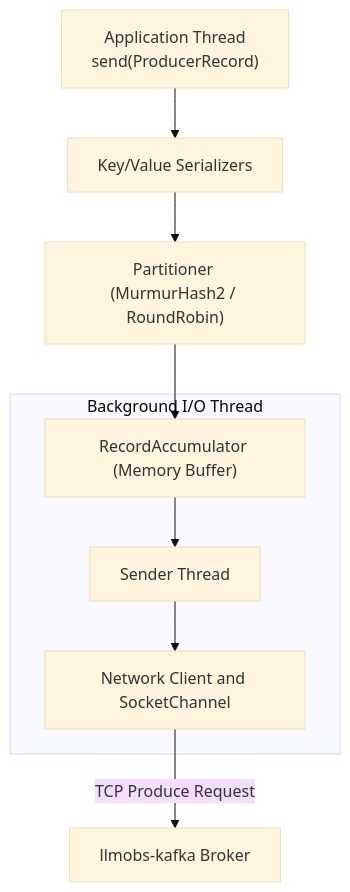
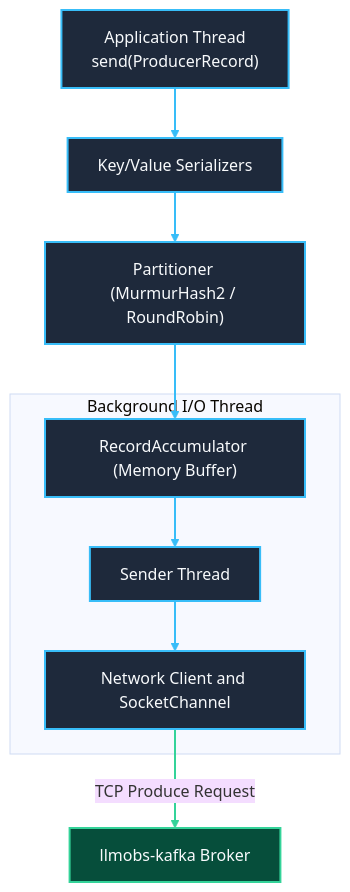
One commit to Chief-Strategist-J/llm-obs-infra changed the fifth of 18 diagrams in docs/configDoc/kafka-configuration-guide.md. Above: the diagram before and after it, drawn with Mermaid (base theme). The commit also changed other lines of this file, not shown here.

Commit message:
docs(kafka): reorder component sections to Code -> HLD -> LLD -> Parameters and apply custom color styling to all Mermaid diagrams

````diff
--- a/docs/configDoc/kafka-configuration-guide.md
+++ b/docs/configDoc/kafka-configuration-guide.md
@@ -565,13 +683,24 @@
 ```mermaid
 graph TD
     AppThread["Application Thread<br/>send(ProducerRecord)"] --> Serializer["Key/Value Serializers"]
     Serializer --> Partitioner["Partitioner (MurmurHash2 / RoundRobin)"]
     Partitioner --> RecordAccumulator["RecordAccumulator (Memory Buffer)"]
 
     subgraph BackgroundProcessing ["Background I/O Thread"]
         RecordAccumulator --> SenderThread["Sender Thread"]
         SenderThread --> SocketChannel["Network Client and SocketChannel"]
     end
 
     SocketChannel -->|TCP Produce Request| KafkaBroker["llmobs-kafka Broker"]
+
+    style AppThread fill:#1e293b,stroke:#38bdf8,stroke-width:2px,color:#f8fafc
+    style Serializer fill:#1e293b,stroke:#38bdf8,stroke-width:2px,color:#f8fafc
+    style Partitioner fill:#1e293b,stroke:#38bdf8,stroke-width:2px,color:#f8fafc
+    style RecordAccumulator fill:#1e293b,stroke:#38bdf8,stroke-width:2px,color:#f8fafc
+    style SenderThread fill:#1e293b,stroke:#38bdf8,stroke-width:2px,color:#f8fafc
+    style SocketChannel fill:#1e293b,stroke:#38bdf8,stroke-width:2px,color:#f8fafc
+    style KafkaBroker fill:#064e3b,stroke:#34d399,stroke-width:2px,color:#f8fafc
+
+    linkStyle 0,1,2,3,4 stroke:#38bdf8,stroke-width:2px;
+    linkStyle 5 stroke:#34d399,stroke-width:2px;
 ```
````
